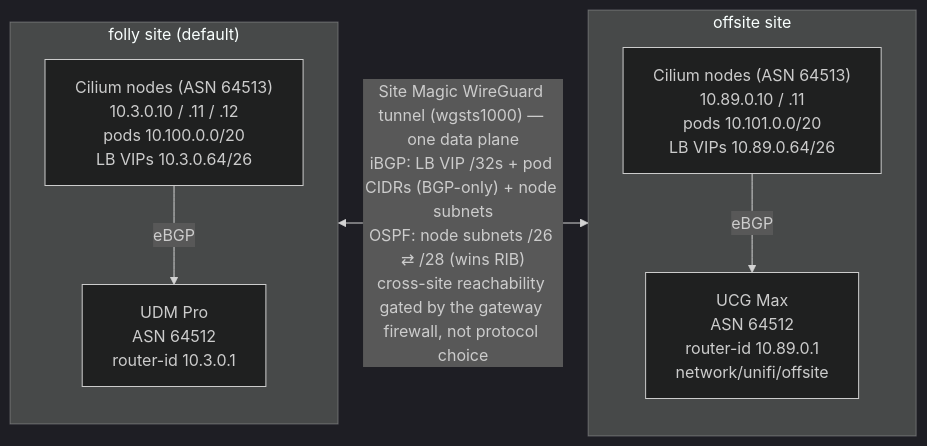
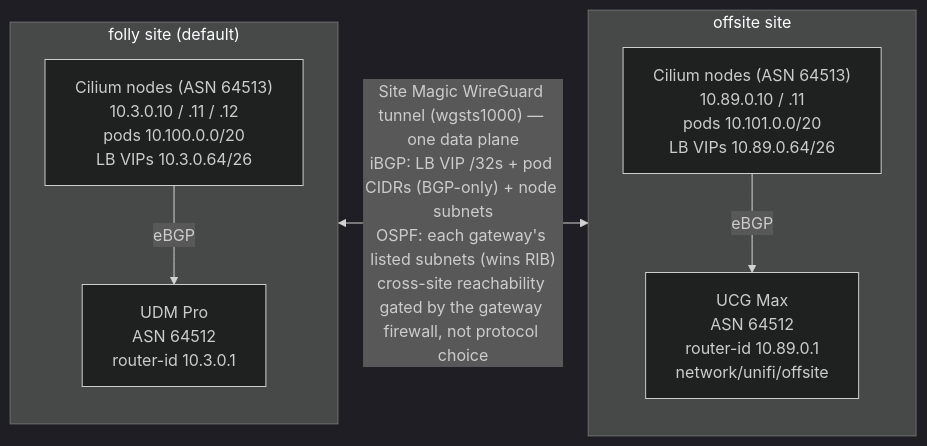
The diagram in terraform/network/unifi/folly/README.md (jonpulsifer/infra), drawn with Mermaid (dark theme) before and after one commit. The commit also changed other lines of this file and 8 other files, not shown here.

````diff
--- a/terraform/network/unifi/folly/README.md
+++ b/terraform/network/unifi/folly/README.md
@@ -38,18 +47,18 @@
 ```mermaid
 flowchart LR
     subgraph folly["folly site (default)"]
         direction TB
         udm["UDM Pro<br/>ASN 64512<br/>router-id 10.3.0.1"]
         fnodes["Cilium nodes (ASN 64513)<br/>10.3.0.10 / .11 / .12<br/>pods 10.100.0.0/20<br/>LB VIPs 10.3.0.64/26"]
         fnodes -->|eBGP| udm
     end
 
     subgraph offsite["offsite site"]
         direction TB
         ucg["UCG Max<br/>ASN 64512<br/>router-id 10.89.0.1<br/>network/unifi/offsite"]
         onodes["Cilium nodes (ASN 64513)<br/>10.89.0.10 / .11<br/>pods 10.101.0.0/20<br/>LB VIPs 10.89.0.64/26"]
         onodes -->|eBGP| ucg
     end
 
-    udm <-->|"Site Magic WireGuard tunnel (wgsts1000) — one data plane<br/>iBGP: LB VIP /32s + pod CIDRs (BGP-only) + node subnets<br/>OSPF: node subnets /26 ⇄ /28 (wins RIB)<br/>cross-site reachability gated by the gateway firewall, not protocol choice"| ucg
+    udm <-->|"Site Magic WireGuard tunnel (wgsts1000) — one data plane<br/>iBGP: LB VIP /32s + pod CIDRs (BGP-only) + node subnets<br/>OSPF: each gateway's listed subnets (wins RIB)<br/>cross-site reachability gated by the gateway firewall, not protocol choice"| ucg
 ```
````
